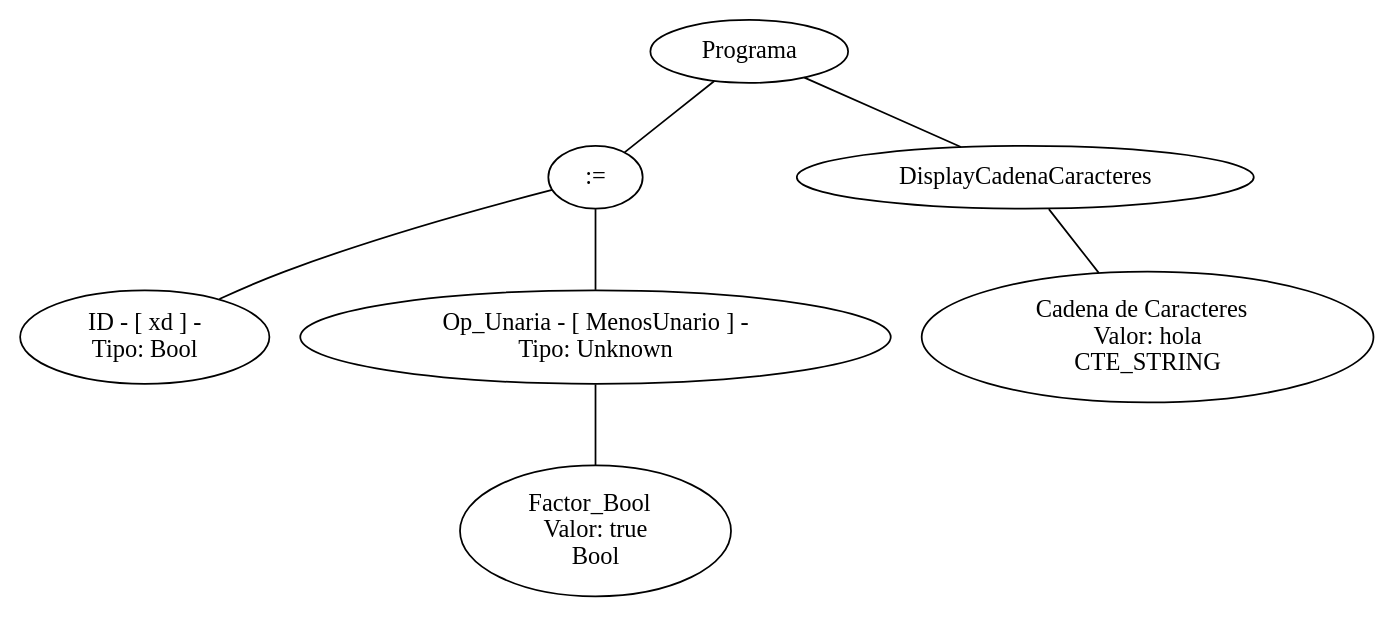
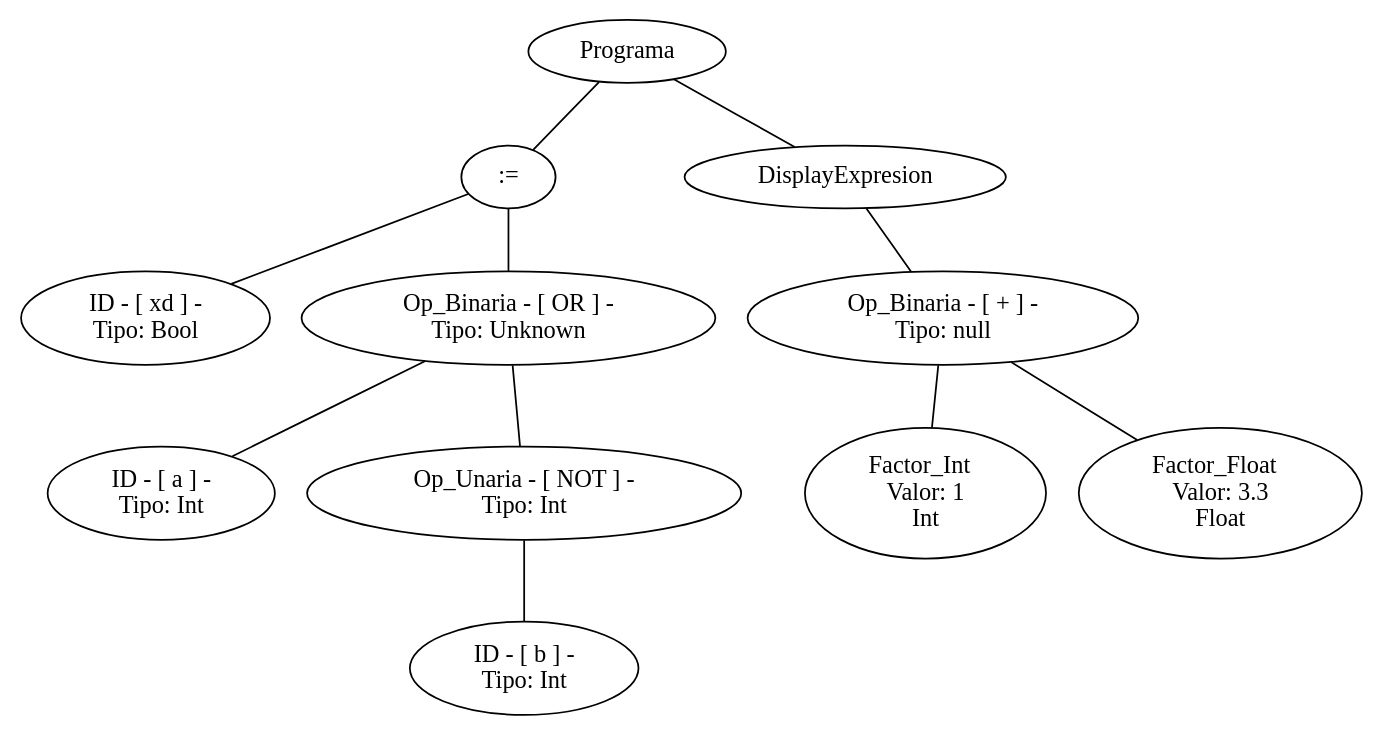
The diagram in arbol.dot (SantiPerez17/Compiladores), drawn with Graphviz before and after one commit. The commit also changed 11 other files, not shown here.

```diff
--- a/arbol.dot
+++ b/arbol.dot
@@ -1,20 +1,32 @@
-graph G {nodo_1067938912[label="Programa"]
-nodo_1177096266[label=":="]
-nodo_1067938912--nodo_1177096266
-nodo_237061348[label=" ID - [ xd ] - 
+graph G {nodo_1681433494[label="Programa"]
+nodo_1299641336[label=":="]
+nodo_1681433494--nodo_1299641336
+nodo_1645995473[label=" ID - [ xd ] - 
  Tipo: Bool"]
-nodo_1177096266--nodo_237061348
-nodo_128893786[label=" Op_Unaria - [ MenosUnario ] - 
+nodo_1299641336--nodo_1645995473
+nodo_1604839423[label=" Op_Binaria - [ OR ] - 
  Tipo: Unknown"]
-nodo_1177096266--nodo_128893786
-nodo_1267032364[label="Factor_Bool  
- Valor: true 
-Bool"]
-nodo_128893786--nodo_1267032364
-nodo_598446861[label="DisplayCadenaCaracteres"]
-nodo_1067938912--nodo_598446861
-nodo_1685538367[label="Cadena de Caracteres  
- Valor: hola 
-CTE_STRING"]
-nodo_598446861--nodo_1685538367
+nodo_1299641336--nodo_1604839423
+nodo_2007328737[label=" ID - [ a ] - 
+ Tipo: Int"]
+nodo_1604839423--nodo_2007328737
+nodo_1288354730[label=" Op_Unaria - [ NOT ] - 
+ Tipo: Int"]
+nodo_1604839423--nodo_1288354730
+nodo_1936628443[label=" ID - [ b ] - 
+ Tipo: Int"]
+nodo_1288354730--nodo_1936628443
+nodo_1673605040[label="DisplayExpresion"]
+nodo_1681433494--nodo_1673605040
+nodo_2117255219[label=" Op_Binaria - [ + ] - 
+ Tipo: null"]
+nodo_1673605040--nodo_2117255219
+nodo_1161082381[label="Factor_Int  
+ Valor: 1 
+Int"]
+nodo_2117255219--nodo_1161082381
+nodo_1637506559[label="Factor_Float  
+ Valor: 3.3 
+Float"]
+nodo_2117255219--nodo_1637506559
 }
```
